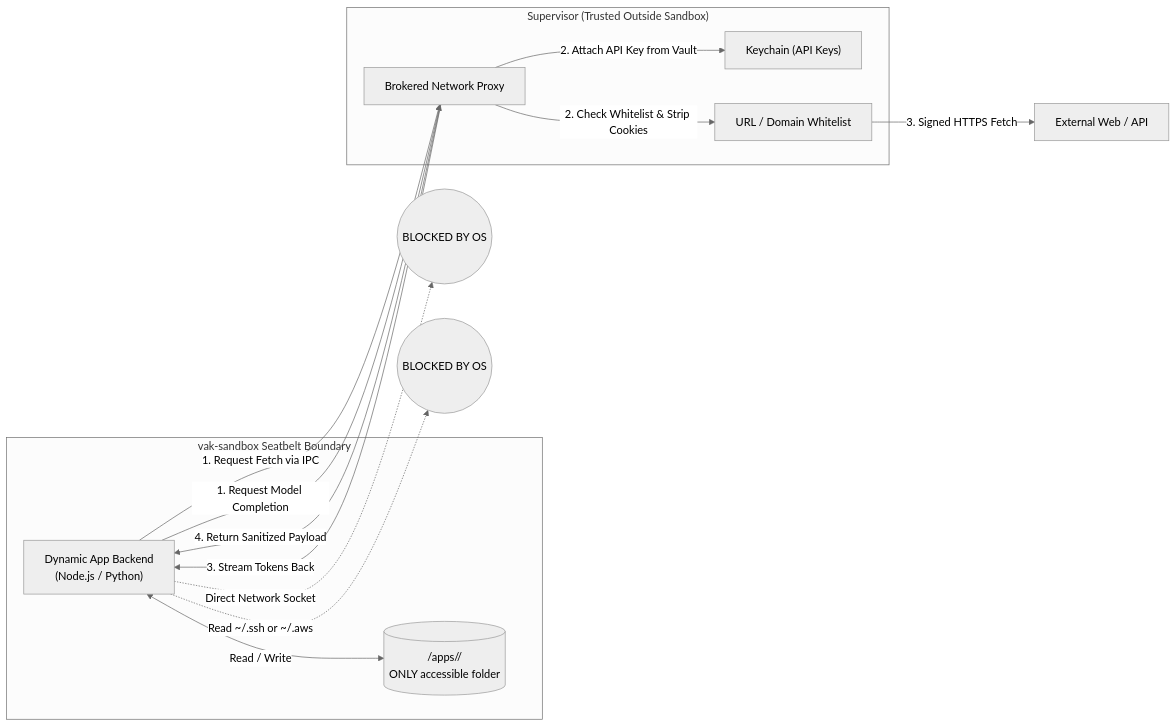
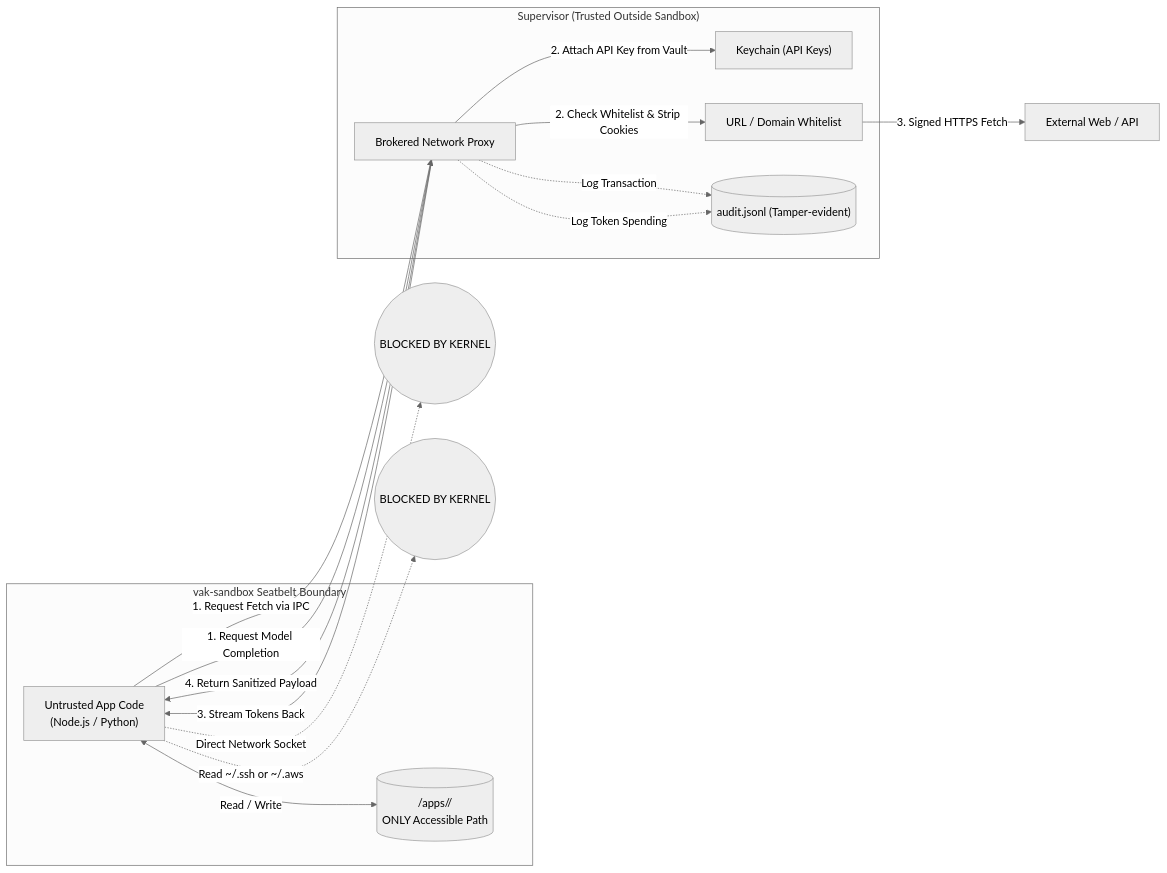
One commit to nranjan2code/vakyartha changed the fourth of 5 diagrams in docs/sandboxed-apps/ARCHITECTURE.md. Above: the diagram before and after it, drawn with Mermaid (neutral theme). The commit also changed other lines of this file and 1 other file, not shown here.

Commit message:
docs(sandboxed-apps): expand enterprise architecture specification for mini-cloud and dynamic apps

````diff
--- a/docs/sandboxed-apps/ARCHITECTURE.md
+++ b/docs/sandboxed-apps/ARCHITECTURE.md
@@ -240,26 +418,29 @@
 ```mermaid
 graph LR
     subgraph Jailed Sandbox ["vak-sandbox Seatbelt Boundary"]
-        AppCode["Dynamic App Backend\n(Node.js / Python)"]
-        LocalDisk[("<dataDir>/apps/<id>/\nONLY accessible folder")]
+        AppCode["Untrusted App Code\n(Node.js / Python)"]
+        LocalDisk[("<dataDir>/apps/<id>/\nONLY Accessible Path")]
     end
 
     subgraph Host Supervisor ["Supervisor (Trusted Outside Sandbox)"]
         KeyStore["Keychain (API Keys)"]
         Broker["Brokered Network Proxy"]
         Firewall["URL / Domain Whitelist"]
+        AuditLog[("audit.jsonl (Tamper-evident)")]
     end
 
-    AppCode -.->|Direct Network Socket| Denied((BLOCKED BY OS))
-    AppCode -.->|Read ~/.ssh or ~/.aws| DeniedFile((BLOCKED BY OS))
+    AppCode -.->|Direct Network Socket| Denied((BLOCKED BY KERNEL))
+    AppCode -.->|Read ~/.ssh or ~/.aws| DeniedFile((BLOCKED BY KERNEL))
     AppCode <-->|Read / Write| LocalDisk
 
     AppCode -->|1. Request Fetch via IPC| Broker
     Broker -->|2. Check Whitelist & Strip Cookies| Firewall
     Firewall -->|3. Signed HTTPS Fetch| RemoteAPI[External Web / API]
     Broker -->|4. Return Sanitized Payload| AppCode
+    Broker -.->|Log Transaction| AuditLog
 
     AppCode -->|1. Request Model Completion| Broker
     Broker -->|2. Attach API Key from Vault| KeyStore
     Broker -->|3. Stream Tokens Back| AppCode
+    Broker -.->|Log Token Spending| AuditLog
 ```
````
